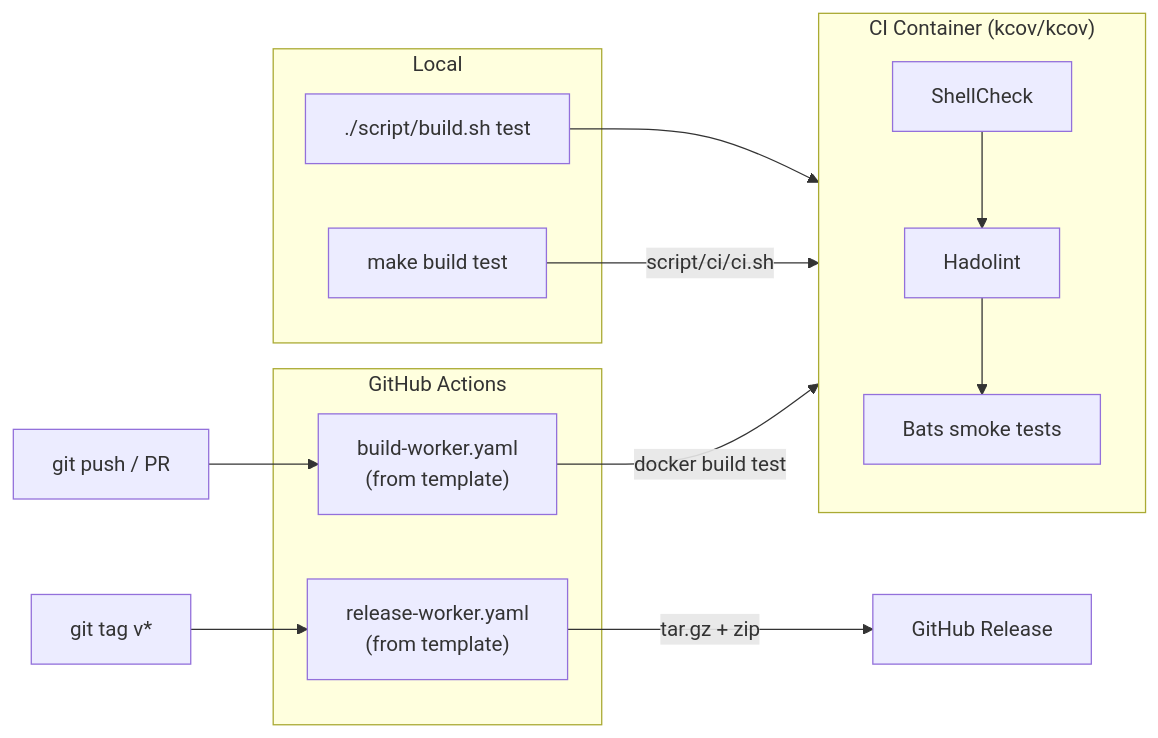
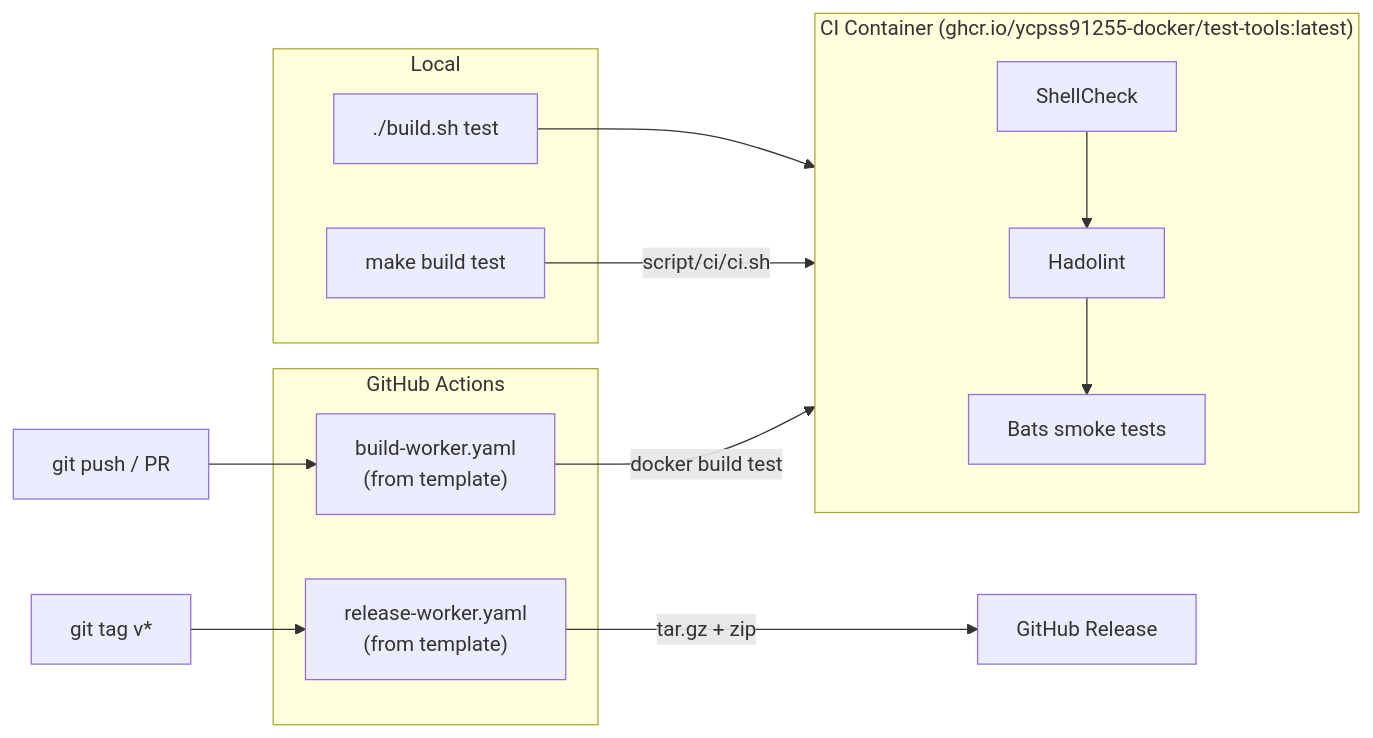
One commit to ycpss91255-docker/base changed the second of 2 diagrams in README.md. Above: the diagram before and after it, drawn with Mermaid. The commit also changed other lines of this file and 4 other files, not shown here.

````diff
--- a/README.md
+++ b/README.md
@@ -81,27 +81,27 @@
 ```mermaid
 flowchart LR
     subgraph local["Local"]
-        build_test["./script/build.sh test"]
+        build_test["./build.sh test"]
         make_test["make build test"]
     end
 
-    subgraph ci_container["CI Container (kcov/kcov)"]
+    subgraph ci_container["CI Container (ghcr.io/ycpss91255-docker/test-tools:latest)"]
         shellcheck["ShellCheck"]
         hadolint["Hadolint"]
         bats["Bats smoke tests"]
     end
 
     subgraph github["GitHub Actions"]
         build_worker["build-worker.yaml<br/>(from template)"]
         release_worker["release-worker.yaml<br/>(from template)"]
     end
 
     build_test --> ci_container
     make_test -->|"script/ci/ci.sh"| ci_container
     shellcheck --> hadolint --> bats
 
     push["git push / PR"] --> build_worker
     build_worker -->|"docker build test"| ci_container
     tag["git tag v*"] --> release_worker
     release_worker -->|"tar.gz + zip"| release["GitHub Release"]
 ```
````
